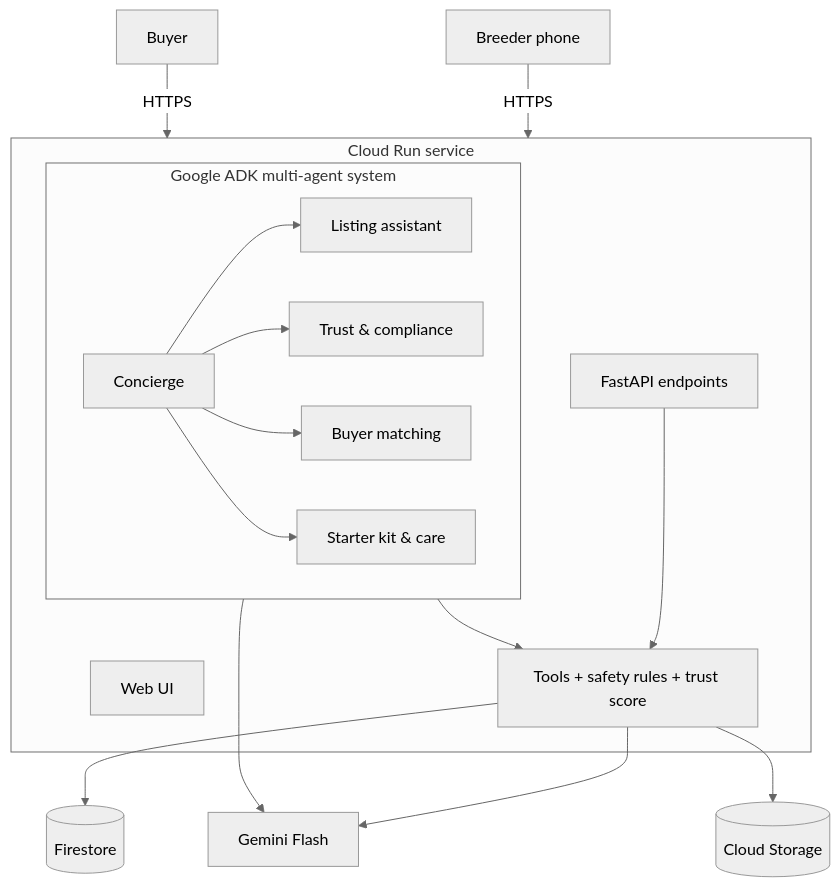
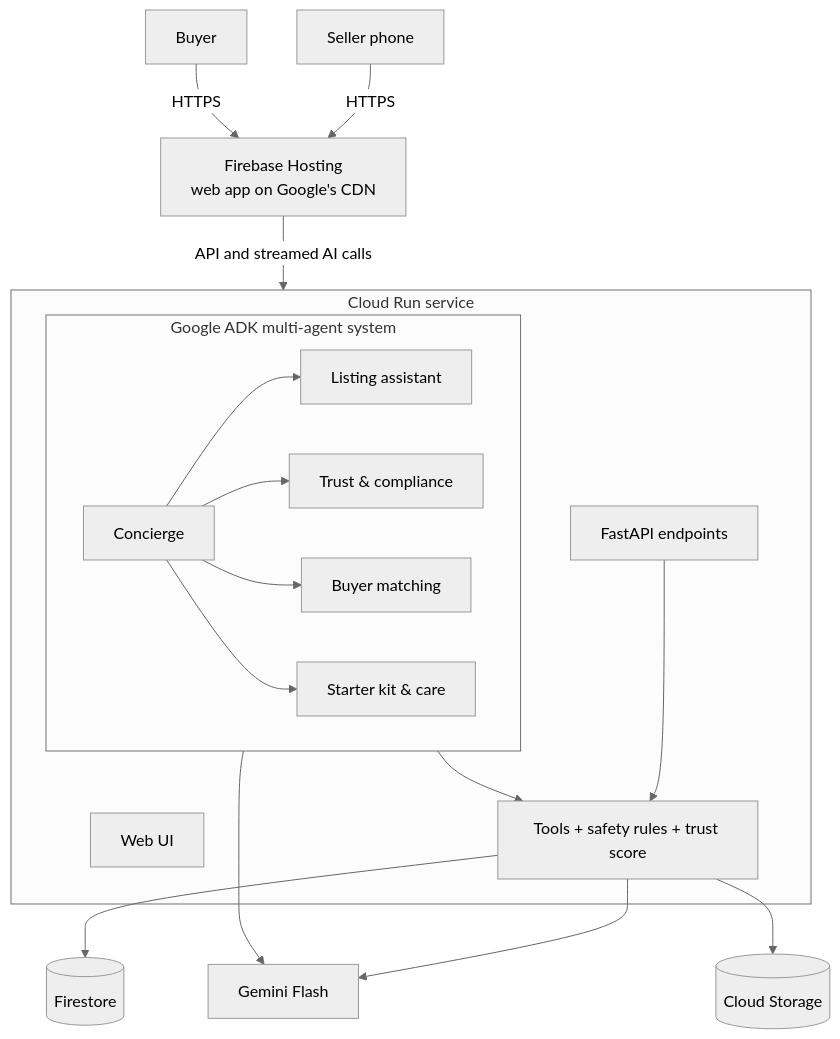
Before and after one commit to sudarsan-22/breedernear-ai: the diagram in README.md, drawn with Mermaid (neutral theme). The commit also changed other lines of this file and 21 other files, not shown here.

First line of the commit message:
feat: Firebase Hosting for the web app; API and AI stay on Cloud Run

````diff
--- a/README.md
+++ b/README.md
@@ -90,24 +90,25 @@
 ```mermaid
 flowchart TD
-    B[Breeder phone] -->|HTTPS| CR
-    U[Buyer] -->|HTTPS| CR
+    B[Seller phone] -->|HTTPS| FH
+    U[Buyer] -->|HTTPS| FH
+    FH[Firebase Hosting<br/>web app on Google's CDN] -->|API and streamed AI calls| CR
     subgraph CR[Cloud Run service]
         WEB[Web UI]
         API[FastAPI endpoints]
         subgraph AG[Google ADK multi-agent system]
             ROOT[Concierge]
             LIST[Listing assistant]
             TRUST[Trust & compliance]
             MATCH[Buyer matching]
             CARE[Starter kit & care]
             ROOT --> LIST & TRUST & MATCH & CARE
         end
         CORE[Tools + safety rules + trust score]
         AG --> CORE
         API --> CORE
     end
     AG --> GEM[Gemini Flash]
     CORE --> GEM
     CORE --> FS[(Firestore)]
     CORE --> GCS[(Cloud Storage)]
 ```
````
